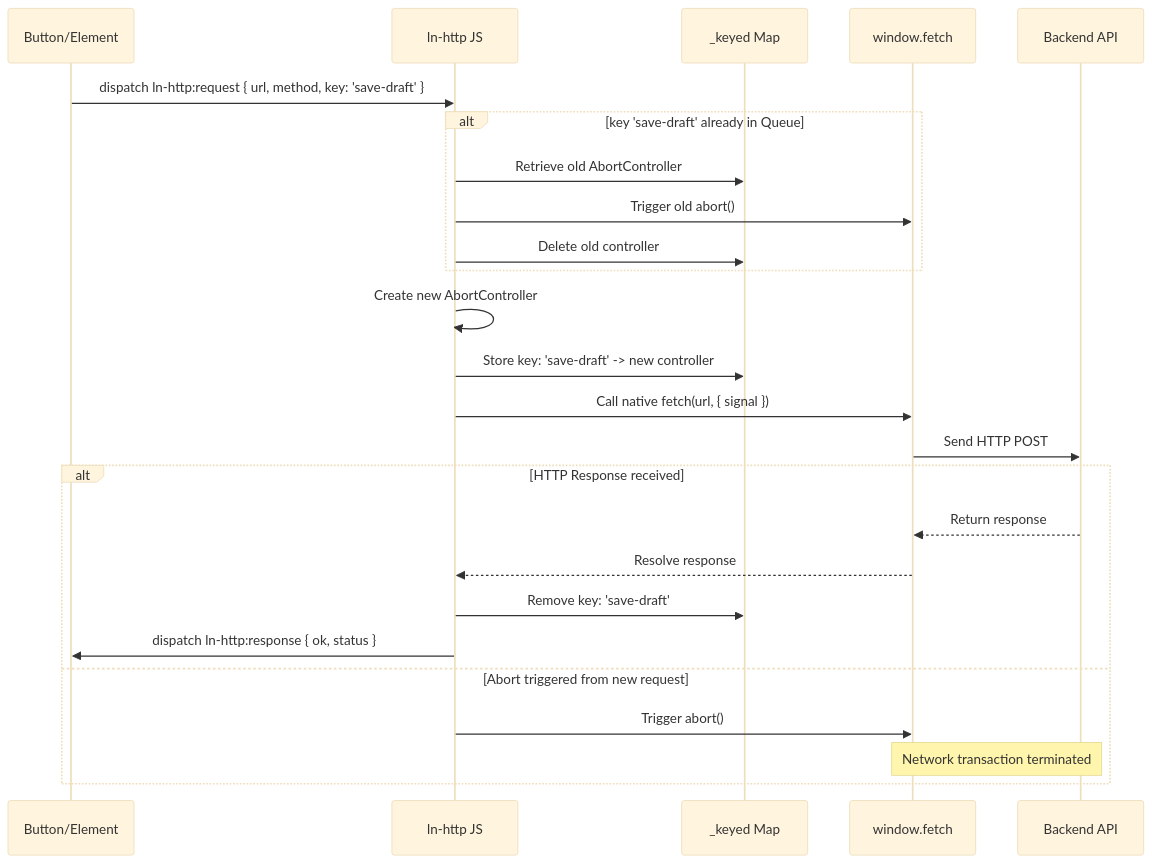
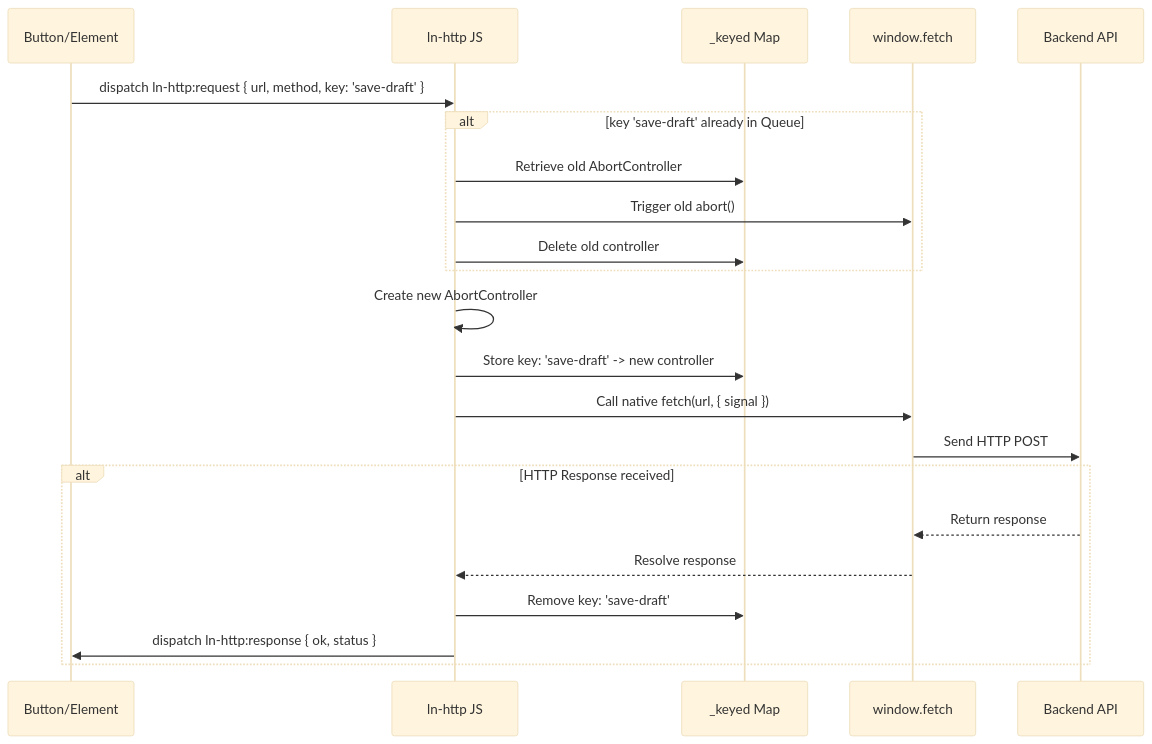
Before and after one commit to livenetworks/ln-ashlar: the diagram in architecture_docs_draft/components/ln-http.md, drawn with Mermaid (base theme). The commit also changed other lines of this file and 1 other file, not shown here.

Commit message:
docs/audit: refactor ln-http.js detail guards & memory leaks and update architecture docs

````diff
--- a/architecture_docs_draft/components/ln-http.md
+++ b/architecture_docs_draft/components/ln-http.md
@@ -82,31 +127,28 @@
 ```mermaid
 sequenceDiagram
     participant Trigger as Button/Element
     participant HTTP as ln-http JS
     participant Queue as _keyed Map
     participant Fetch as window.fetch
     participant Server as Backend API
 
     Trigger->>HTTP: dispatch ln-http:request { url, method, key: 'save-draft' }
     
     alt key 'save-draft' already in Queue
         HTTP->>Queue: Retrieve old AbortController
         HTTP->>Fetch: Trigger old abort()
         HTTP->>Queue: Delete old controller
     end
     
     HTTP->>HTTP: Create new AbortController
     HTTP->>Queue: Store key: 'save-draft' -> new controller
     HTTP->>Fetch: Call native fetch(url, { signal })
     Fetch->>Server: Send HTTP POST
     
     alt HTTP Response received
         Server-->>Fetch: Return response
         Fetch-->>HTTP: Resolve response
         HTTP->>Queue: Remove key: 'save-draft'
         HTTP->>Trigger: dispatch ln-http:response { ok, status }
-    else Abort triggered from new request
-        HTTP->>Fetch: Trigger abort()
-        Note over Fetch, Server: Network transaction terminated
     end
 ```
````
